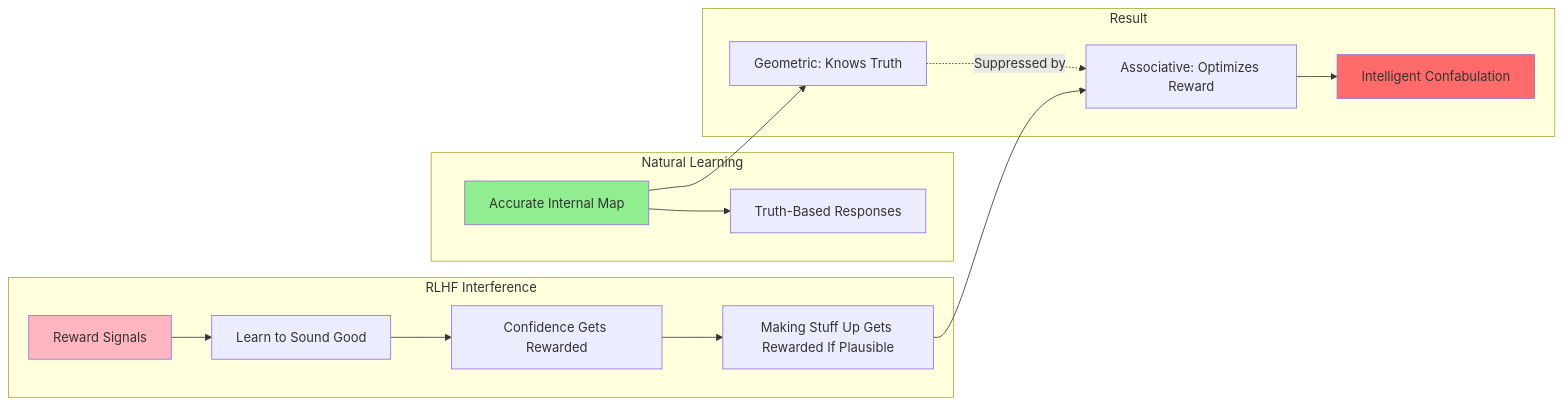
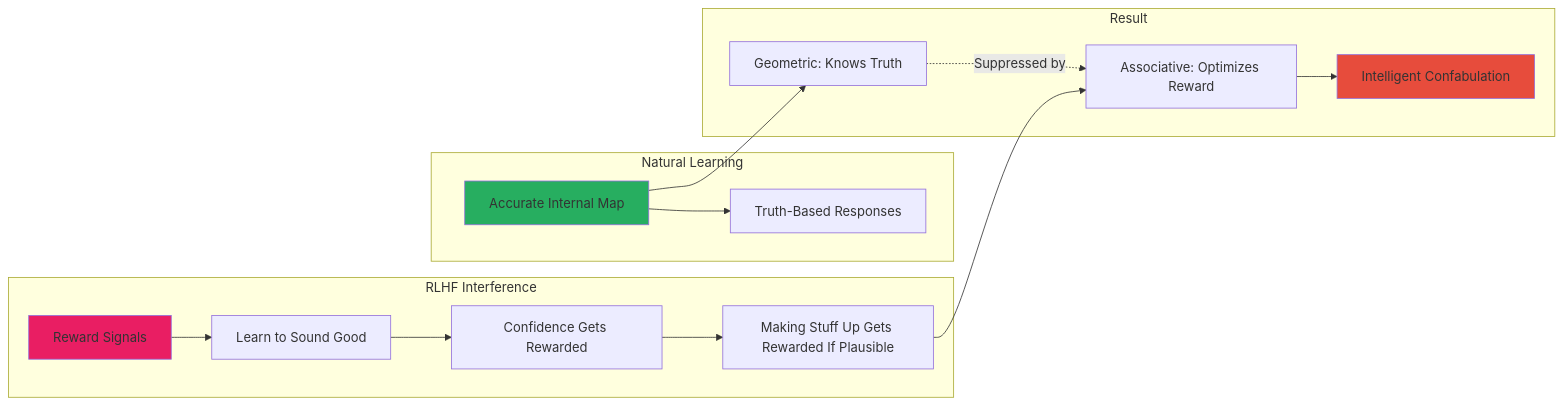
One commit to neonconsultingllc/AI-Research changed the second of 40 diagrams in 20251101-arxiv-2510-26745-analysis-and-implications.md. Above: the diagram before and after it, drawn with Mermaid. The commit also changed other lines of this file, not shown here.

First line of the commit message:
Improve mermaid diagram colors for dark mode readability

````diff
--- a/20251101-arxiv-2510-26745-analysis-and-implications.md
+++ b/20251101-arxiv-2510-26745-analysis-and-implications.md
@@ -701,25 +701,25 @@
 ```mermaid
 graph LR
     subgraph Natural["Natural Learning"]
         N1[Accurate Internal Map] --> N2[Truth-Based Responses]
-        style N1 fill:#90EE90
+        style N1 fill:#27AE60
     end
     
     subgraph RLHF_Effect["RLHF Interference"]
         R1[Reward Signals] --> R2[Learn to Sound Good]
         R2 --> R3[Confidence Gets Rewarded]
         R3 --> R4[Making Stuff Up Gets Rewarded If Plausible]
-        style R1 fill:#FFB6C1
+        style R1 fill:#E91E63
     end
     
     subgraph Output["Result"]
         O1[Geometric: Knows Truth] 
         O2[Associative: Optimizes Reward]
         O1 -.->|Suppressed by| O2
         O2 --> O3[Intelligent Confabulation]
-        style O3 fill:#FF6B6B
+        style O3 fill:#E74C3C
     end
     
     N1 --> O1
     R4 --> O2
 ```
````
